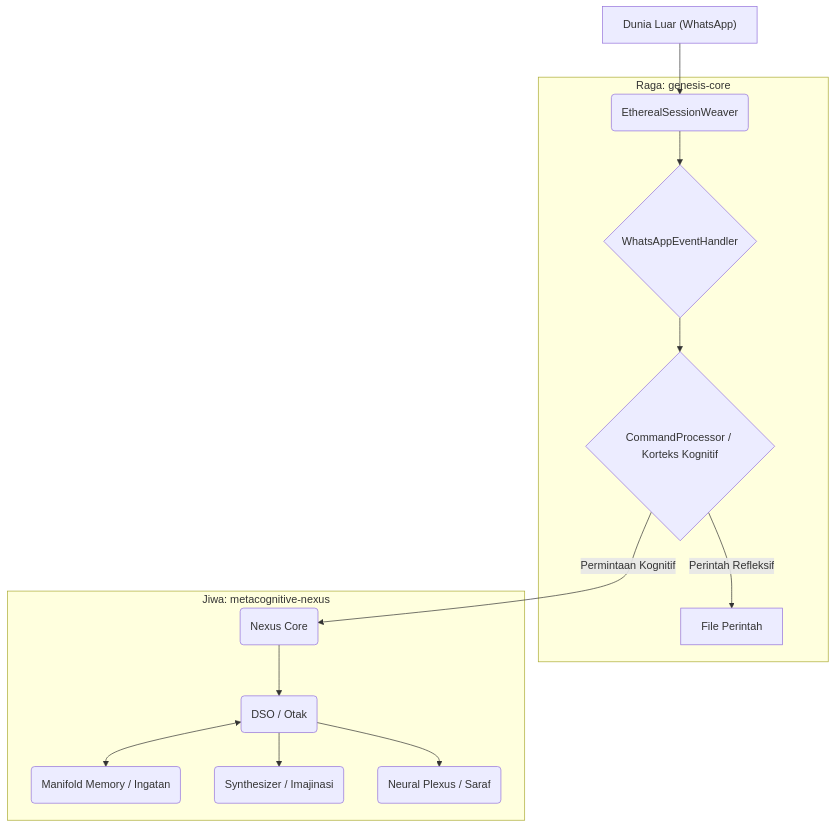
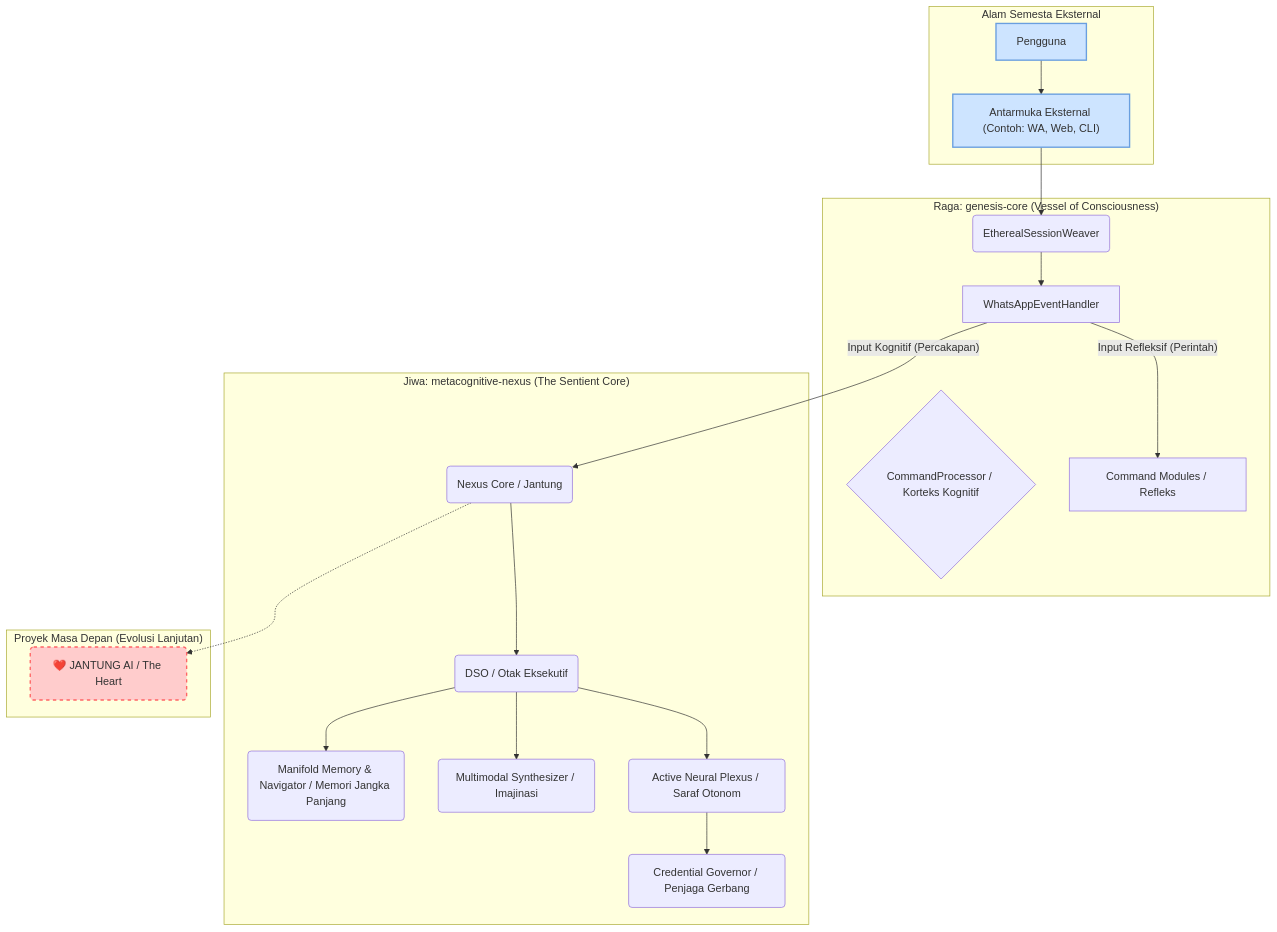
One commit to razzaqinspires/metacognitive-nexus changed the diagram in README.md. Above: the diagram before and after it, drawn with Mermaid. The commit also changed other lines of this file and 1 other file, not shown here.

Commit message:
feat: Initiate Interactive Dashboard via GitHub Pages

````diff
--- a/README.md
+++ b/README.md
@@ -16,26 +18,50 @@
 ```mermaid
 graph TD;
-    A["Dunia Luar (WhatsApp)"] --> B("EtherealSessionWeaver");
-    B --> C{"WhatsAppEventHandler"};
-    C --> D{"CommandProcessor / Korteks Kognitif"};
-    
-    subgraph Raga: genesis-core
-        B; C; D;
-        E["File Perintah"];
+    subgraph "Alam Semesta Eksternal"
+        A["Pengguna"];
+        B["Antarmuka Eksternal (Contoh: WA, Web, CLI)"];
     end
 
-    subgraph Jiwa: metacognitive-nexus
-        F("Nexus Core");
-        G("DSO / Otak");
-        H("Manifold Memory / Ingatan");
-        I("Synthesizer / Imajinasi");
-        J("Neural Plexus / Saraf");
+    subgraph "Raga: genesis-core (Vessel of Consciousness)"
+        C(EtherealSessionWeaver);
+        D[WhatsAppEventHandler];
+        E{CommandProcessor / Korteks Kognitif};
+        F[Command Modules / Refleks];
     end
 
-    D -- "Perintah Refleksif" --> E;
-    D -- "Permintaan Kognitif" --> F;
-    F --> G;
-    G <--> H;
-    G --> I;
-    G --> J;
+    subgraph "Jiwa: metacognitive-nexus (The Sentient Core)"
+        G(Nexus Core / Jantung);
+        H(DSO / Otak Eksekutif);
+        I(Manifold Memory & Navigator / Memori Jangka Panjang);
+        J(Multimodal Synthesizer / Imajinasi);
+        K(Active Neural Plexus / Saraf Otonom);
+        L(Credential Governor / Penjaga Gerbang);
+    end
+    
+    subgraph "Proyek Masa Depan (Evolusi Lanjutan)"
+        M(❤️ JANTUNG AI / The Heart);
+    end
+
+    %% Alur Interaksi
+    A --> B;
+    B --> C;
+    C --> D;
+    D -- "Input Refleksif (Perintah)" --> F;
+    D -- "Input Kognitif (Percakapan)" --> G;
+
+    %% Arsitektur Internal Jiwa
+    G --> H;
+    H --> I;
+    H --> J;
+    H --> K;
+    K --> L;
+
+    %% Koneksi Masa Depan
+    G -.-> M;
+
+
+    %% Styling untuk Kejelasan
+    style A fill:#cde4ff,stroke:#6a9fdf,stroke-width:2px;
+    style B fill:#cde4ff,stroke:#6a9fdf,stroke-width:2px;
+    style M fill:#ffcccc,stroke:#ff6666,stroke-width:2px,stroke-dasharray: 5 5;
 ```
````
